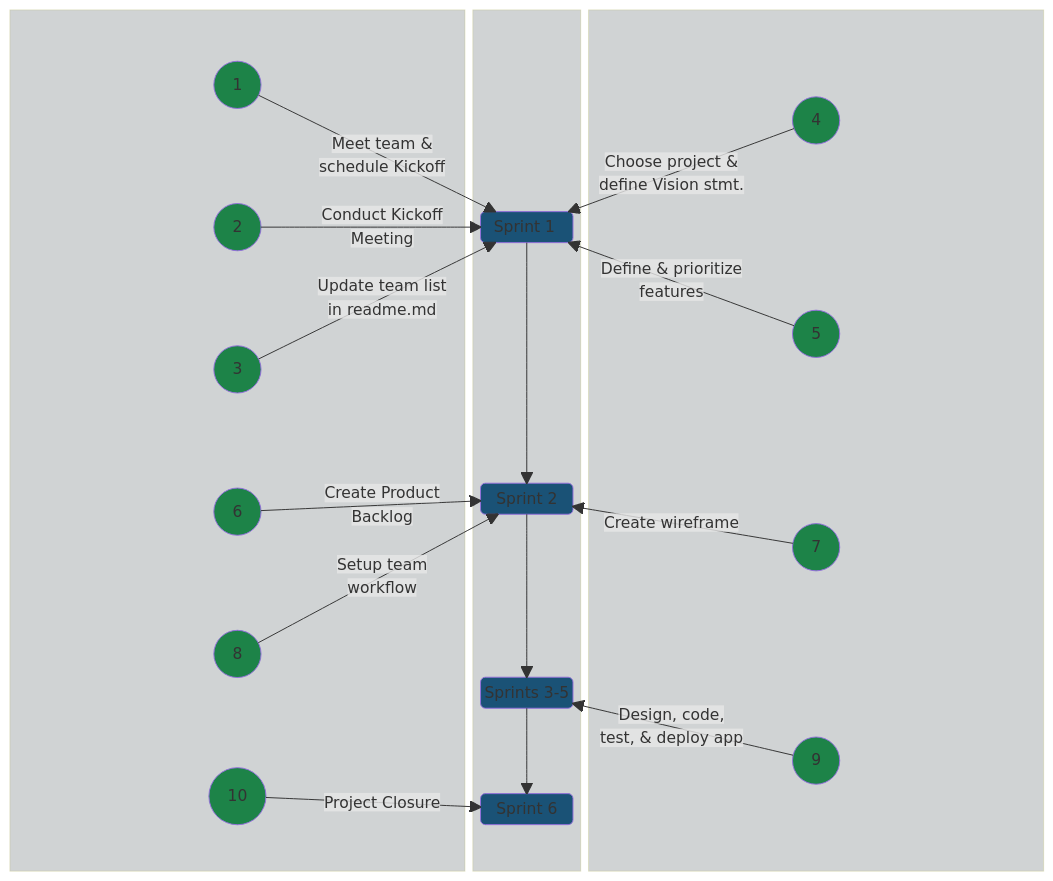
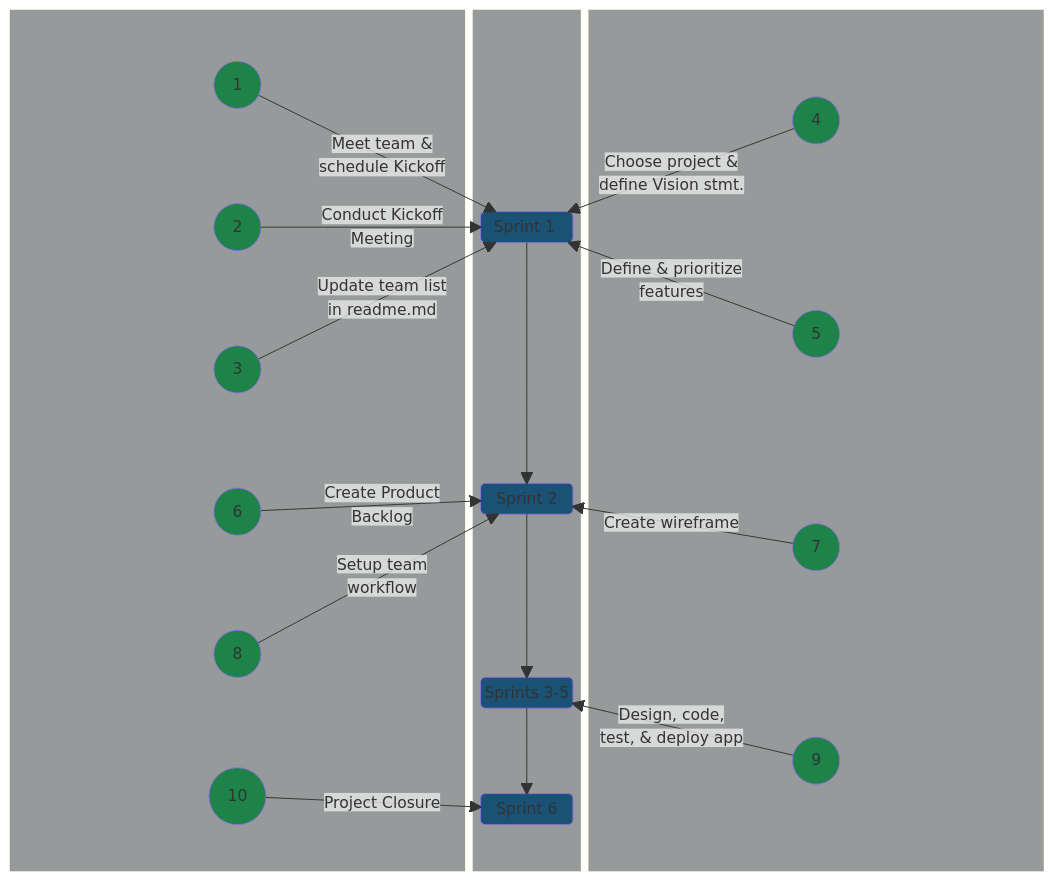
One commit to jdmedlock/mermaid_testing changed the diagram in README.md. Above: the diagram before and after it, drawn with Mermaid.

Commit message:
Feature: Recreate linear sprint diagram

````diff
--- a/README.md
+++ b/README.md
@@ -4,80 +4,80 @@
 ```mermaid
   block-beta
     columns 9
     block:LEFT:4
       columns 1
       A1(("&nbsp;&nbsp; 1 &nbsp;&nbsp;"))
       A2(("&nbsp;&nbsp; 2 &nbsp;&nbsp;"))
       A3(("&nbsp;&nbsp; 3 &nbsp;&nbsp;"))
       A6(("&nbsp;&nbsp; 6 &nbsp;&nbsp;"))
       A8(("&nbsp;&nbsp; 8 &nbsp;&nbsp;"))
       A10(("&nbsp;&nbsp; 10 &nbsp;&nbsp;"))
     end
     
     block:CENTER:1
       columns 1
       space
       space
       space
       space
       space
       SPRINT1("Sprint 1&nbsp;")
       space
       space
       space
       space
       space
       space
       SPRINT2("Sprint 2")
       space
       space
       space
       space
       SPRINT35("Sprints 3-5")
       space
       space
       SPRINT6("Sprint 6")
       space
     end
     
     block:RIGHT:4
       columns 1
       A4(("&nbsp;&nbsp; 4 &nbsp;&nbsp;"))
       A5(("&nbsp;&nbsp; 5 &nbsp;&nbsp;"))
       A7(("&nbsp;&nbsp; 7 &nbsp;&nbsp;"))
       A9(("&nbsp;&nbsp; 9 &nbsp;&nbsp;"))
     end
 
     SPRINT1 --> SPRINT2
     SPRINT2 --> SPRINT35
     SPRINT35 --> SPRINT6
 
     A1 -- "Meet team &</br>schedule Kickoff" --> SPRINT1
     A2 -- "Conduct Kickoff</br>Meeting" --> SPRINT1
     A3 -- "Update team list</br>in readme.md" --> SPRINT1
     A4 -- "Choose project &</br>define Vision stmt." --> SPRINT1
     A5 -- "Define & prioritize</br>features" --> SPRINT1
     A6 -- "Create Product</br>Backlog" --> SPRINT2
     A7 -- "Create wireframe" --> SPRINT2
     A8 -- "Setup team</br>workflow" --> SPRINT2
     A9 -- "Design, code,</br>test, & deploy app" --> SPRINT35
     A10 -- "Project Closure" --> SPRINT6
 
-    style LEFT fill:#d0d3d4
-    style CENTER fill:#d0d3d4
-    style RIGHT fill:#d0d3d4
+    style LEFT fill:#979a9a
+    style CENTER fill:#979a9a
+    style RIGHT fill:#979a9a
     style A1 fill:#1d8348
     style A2 fill:#1d8348
     style A3 fill:#1d8348
     style A4 fill:#1d8348
     style A5 fill:#1d8348
     style A6 fill:#1d8348
     style A7 fill:#1d8348
     style A8 fill:#1d8348
     style A9 fill:#1d8348
     style A10 fill:#1d8348
     style SPRINT1 fill:#1a5276
     style SPRINT2 fill:#1a5276
     style SPRINT35 fill:#1a5276
     style SPRINT6 fill:#1a5276
 ```
````
